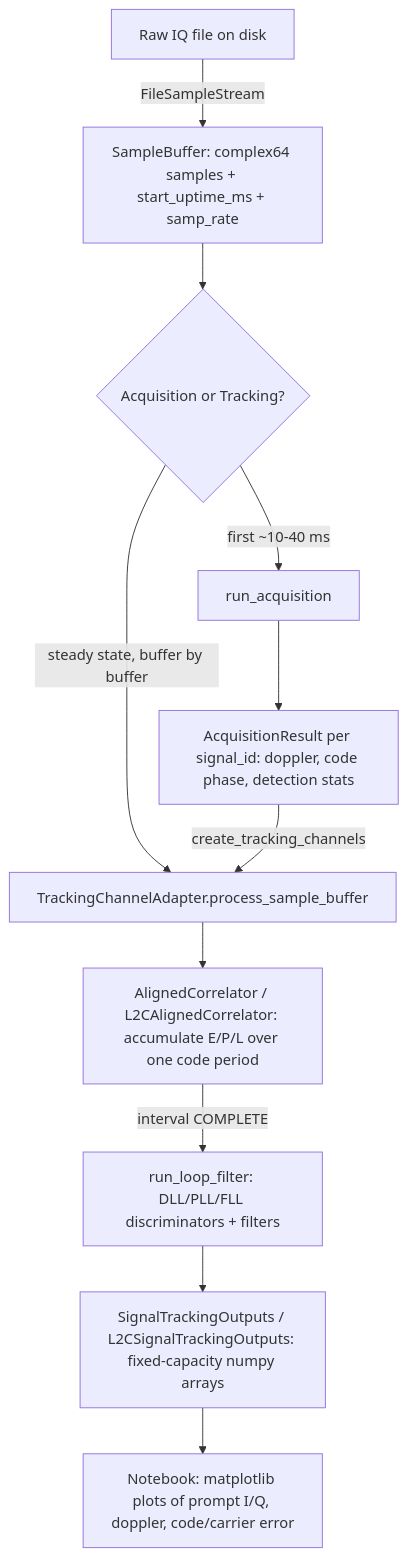
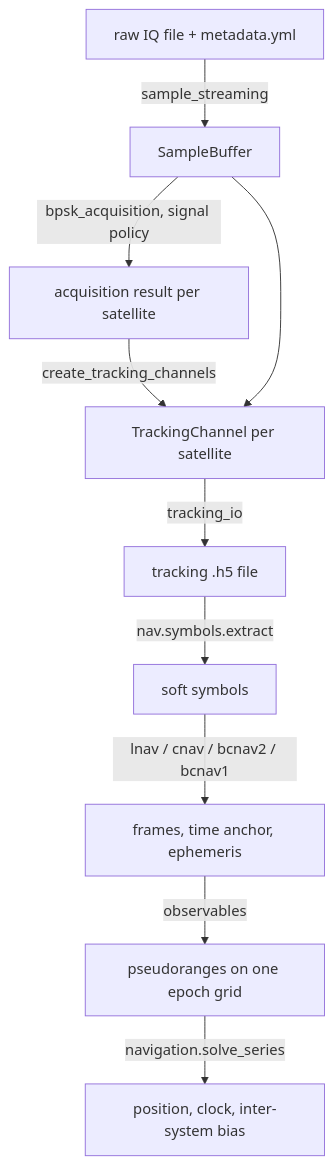
The diagram in gnss_processing/docs/architecture.md (Austin-Hunter1/HERON), drawn with Mermaid before and after one commit. The commit also changed other lines of this file and 7 other files, not shown here.

First line of the commit message:
Phase 9: hand-over docs (README, architecture, follow-up list), runner examples and test, skill, D-065/D-066

````diff
--- a/gnss_processing/docs/architecture.md
+++ b/gnss_processing/docs/architecture.md
@@ -76,13 +96,12 @@
 ```mermaid
 flowchart TD
-    A[Raw IQ file on disk] -->|FileSampleStream| B[SampleBuffer: complex64 samples + start_uptime_ms + samp_rate]
-    B --> C{Acquisition or Tracking?}
-    C -->|first ~10-40 ms| D[run_acquisition]
-    D --> E[AcquisitionResult per signal_id: doppler, code phase, detection stats]
-    C -->|steady state, buffer by buffer| F[TrackingChannelAdapter.process_sample_buffer]
-    E -->|create_tracking_channels| F
-    F --> G[AlignedCorrelator / L2CAlignedCorrelator: accumulate E/P/L over one code period]
-    G -->|interval COMPLETE| H[run_loop_filter: DLL/PLL/FLL discriminators + filters]
-    H --> I[SignalTrackingOutputs / L2CSignalTrackingOutputs: fixed-capacity numpy arrays]
-    I --> J[Notebook: matplotlib plots of prompt I/Q, doppler, code/carrier error]
+    A[raw IQ file + metadata.yml] -->|sample_streaming| B[SampleBuffer]
+    B -->|bpsk_acquisition, signal policy| C[acquisition result per satellite]
+    C -->|create_tracking_channels| D[TrackingChannel per satellite]
+    B --> D
+    D -->|tracking_io| E[tracking .h5 file]
+    E -->|nav.symbols.extract| F[soft symbols]
+    F -->|lnav / cnav / bcnav2 / bcnav1| G[frames, time anchor, ephemeris]
+    G -->|observables| H[pseudoranges on one epoch grid]
+    H -->|navigation.solve_series| I[position, clock, inter-system bias]
 ```
````
